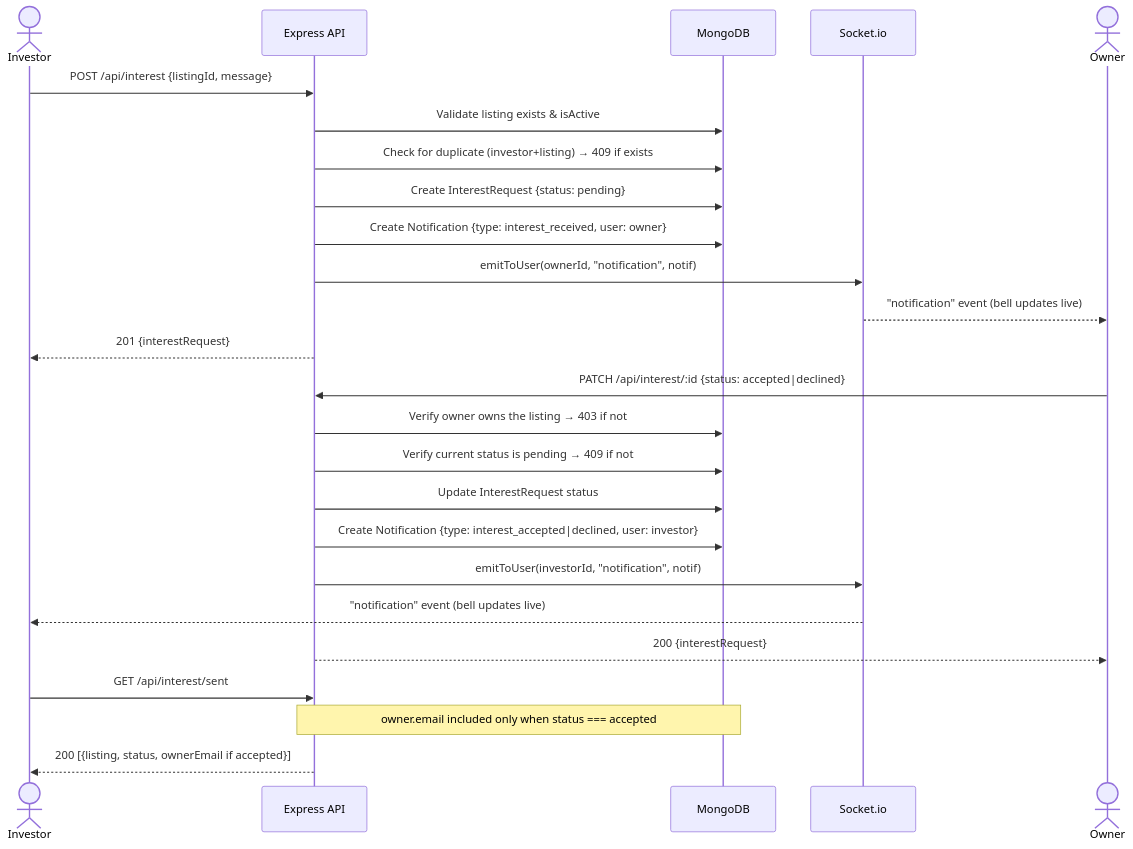
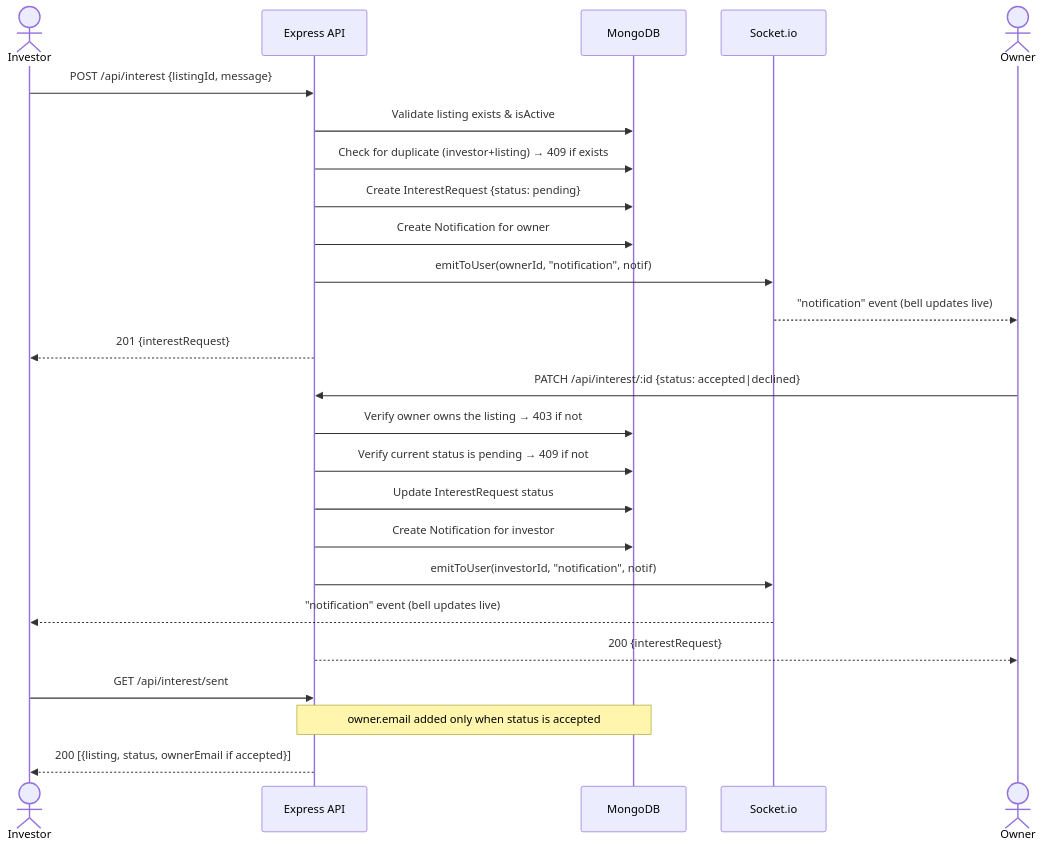
The second of 3 diagrams in docs/ARCHITECTURE.md (pjha26/SeedBridge), drawn with Mermaid before and after one commit. The commit also changed 1 other file, not shown here.

Commit message:
fix(docs): remove curly braces from Mermaid sequence labels

````diff
--- a/docs/ARCHITECTURE.md
+++ b/docs/ARCHITECTURE.md
@@ -52,30 +52,30 @@
 ```mermaid
 sequenceDiagram
     actor Investor
     participant API as Express API
     participant DB as MongoDB
     participant SIO as Socket.io
     actor Owner
 
     Investor->>API: POST /api/interest {listingId, message}
     API->>DB: Validate listing exists & isActive
     API->>DB: Check for duplicate (investor+listing) → 409 if exists
     API->>DB: Create InterestRequest {status: pending}
-    API->>DB: Create Notification {type: interest_received, user: owner}
+    API->>DB: Create Notification for owner
     API->>SIO: emitToUser(ownerId, "notification", notif)
     SIO-->>Owner: "notification" event (bell updates live)
     API-->>Investor: 201 {interestRequest}
 
     Owner->>API: PATCH /api/interest/:id {status: accepted|declined}
     API->>DB: Verify owner owns the listing → 403 if not
     API->>DB: Verify current status is pending → 409 if not
     API->>DB: Update InterestRequest status
-    API->>DB: Create Notification {type: interest_accepted|declined, user: investor}
+    API->>DB: Create Notification for investor
     API->>SIO: emitToUser(investorId, "notification", notif)
     SIO-->>Investor: "notification" event (bell updates live)
     API-->>Owner: 200 {interestRequest}
 
     Investor->>API: GET /api/interest/sent
-    Note over API,DB: owner.email included only when status === accepted
+    Note over API,DB: owner.email added only when status is accepted
     API-->>Investor: 200 [{listing, status, ownerEmail if accepted}]
 ```
````
